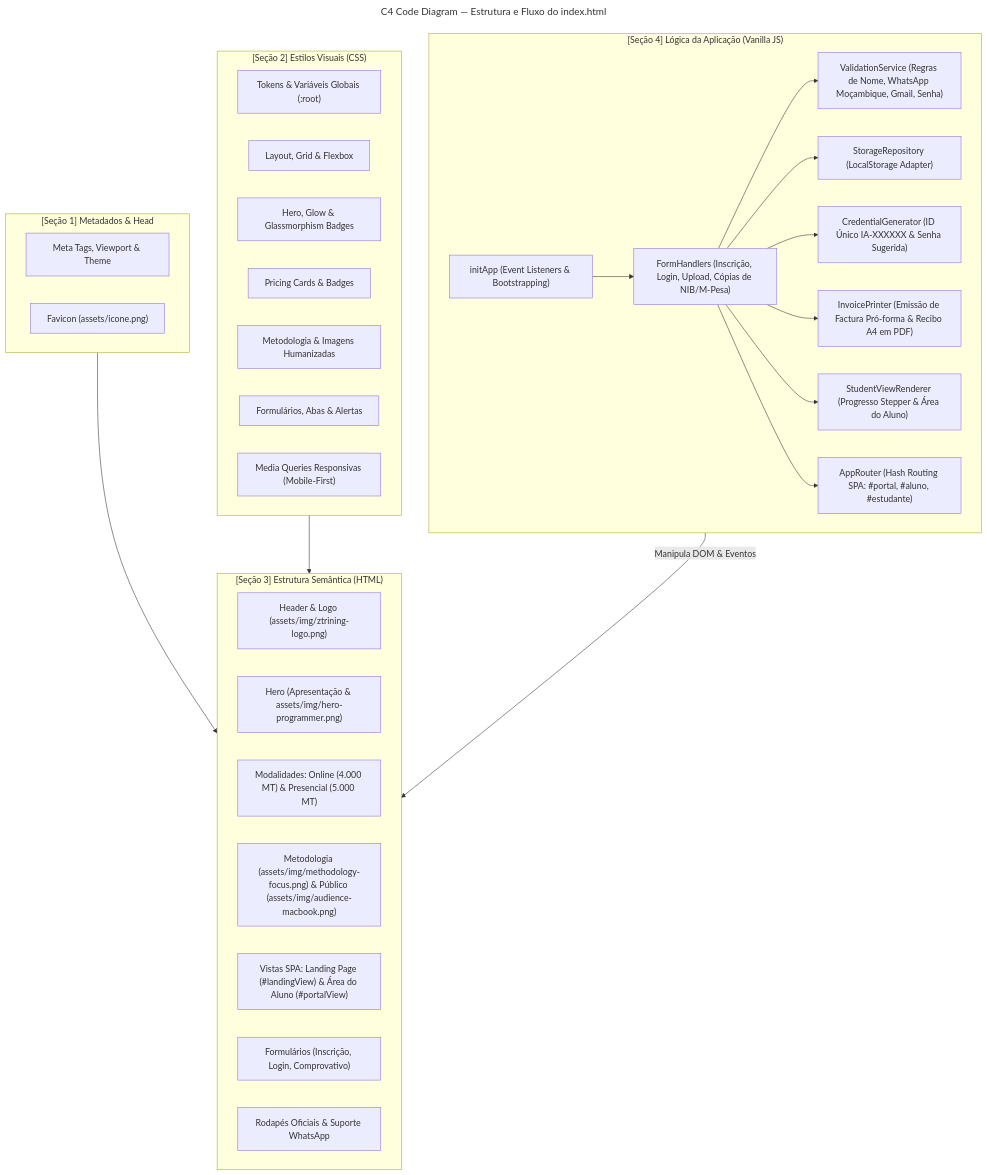
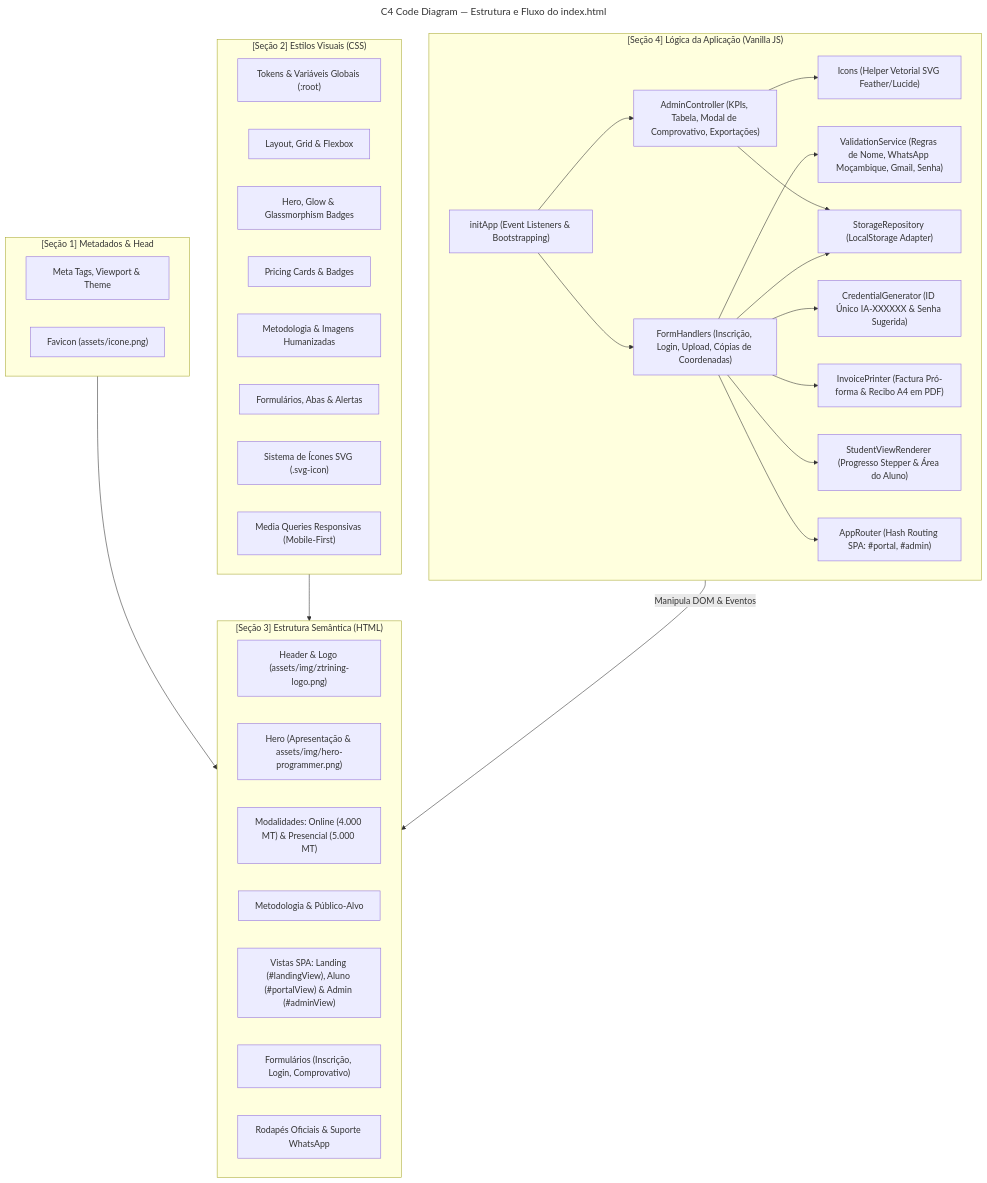
One commit to iradoweck/inscricao-ia-curso changed the diagram in README.md. Above: the diagram before and after it, drawn with Mermaid. The commit also changed other lines of this file and 2 other files, not shown here.

````diff
--- a/README.md
+++ b/README.md
@@ -19,52 +26,58 @@
 ```mermaid
 ---
 title: C4 Code Diagram — Estrutura e Fluxo do index.html
 ---
 flowchart TB
     subgraph S1["[Seção 1] Metadados & Head"]
         Meta["Meta Tags, Viewport & Theme"]
         Favicon["Favicon (assets/icone.png)"]
     end
 
     subgraph S2["[Seção 2] Estilos Visuais (CSS)"]
         Tokens["Tokens & Variáveis Globais (:root)"]
         Layout["Layout, Grid & Flexbox"]
         HeroStyle["Hero, Glow & Glassmorphism Badges"]
         PricingStyle["Pricing Cards & Badges"]
         StoryStyle["Metodologia & Imagens Humanizadas"]
         FormStyle["Formulários, Abas & Alertas"]
+        SvgStyle["Sistema de Ícones SVG (.svg-icon)"]
         MediaQ["Media Queries Responsivas (Mobile-First)"]
     end
 
     subgraph S3["[Seção 3] Estrutura Semântica (HTML)"]
         Header["Header & Logo (assets/img/ztrining-logo.png)"]
         HeroHTML["Hero (Apresentação & assets/img/hero-programmer.png)"]
         PricingHTML["Modalidades: Online (4.000 MT) & Presencial (5.000 MT)"]
-        StoryHTML["Metodologia (assets/img/methodology-focus.png) & Público (assets/img/audience-macbook.png)"]
-        ViewsHTML["Vistas SPA: Landing Page (#landingView) & Área do Aluno (#portalView)"]
+        StoryHTML["Metodologia & Público-Alvo"]
+        ViewsHTML["Vistas SPA: Landing (#landingView), Aluno (#portalView) & Admin (#adminView)"]
         FormsHTML["Formulários (Inscrição, Login, Comprovativo)"]
         Footer["Rodapés Oficiais & Suporte WhatsApp"]
     end
 
     subgraph S4["[Seção 4] Lógica da Aplicação (Vanilla JS)"]
+        SvgIcons["Icons (Helper Vetorial SVG Feather/Lucide)"]
         Validation["ValidationService (Regras de Nome, WhatsApp Moçambique, Gmail, Senha)"]
         Creds["CredentialGenerator (ID Único IA-XXXXXX & Senha Sugerida)"]
         Repo["StorageRepository (LocalStorage Adapter)"]
-        Printer["InvoicePrinter (Emissão de Factura Pró-forma & Recibo A4 em PDF)"]
-        Router["AppRouter (Hash Routing SPA: #portal, #aluno, #estudante)"]
+        Printer["InvoicePrinter (Factura Pró-forma & Recibo A4 em PDF)"]
+        Router["AppRouter (Hash Routing SPA: #portal, #admin)"]
+        AdminCtrl["AdminController (KPIs, Tabela, Modal de Comprovativo, Exportações)"]
         Renderer["StudentViewRenderer (Progresso Stepper & Área do Aluno)"]
-        Handlers["FormHandlers (Inscrição, Login, Upload, Cópias de NIB/M-Pesa)"]
+        Handlers["FormHandlers (Inscrição, Login, Upload, Cópias de Coordenadas)"]
         AppInit["initApp (Event Listeners & Bootstrapping)"]
     end
 
     S1 --> S3
     S2 --> S3
     S4 -->|Manipula DOM & Eventos| S3
     Handlers --> Validation
     Handlers --> Repo
     Handlers --> Creds
     Handlers --> Printer
     Handlers --> Renderer
     Handlers --> Router
+    AdminCtrl --> Repo
+    AdminCtrl --> SvgIcons
     AppInit --> Handlers
+    AppInit --> AdminCtrl
 ```
````
